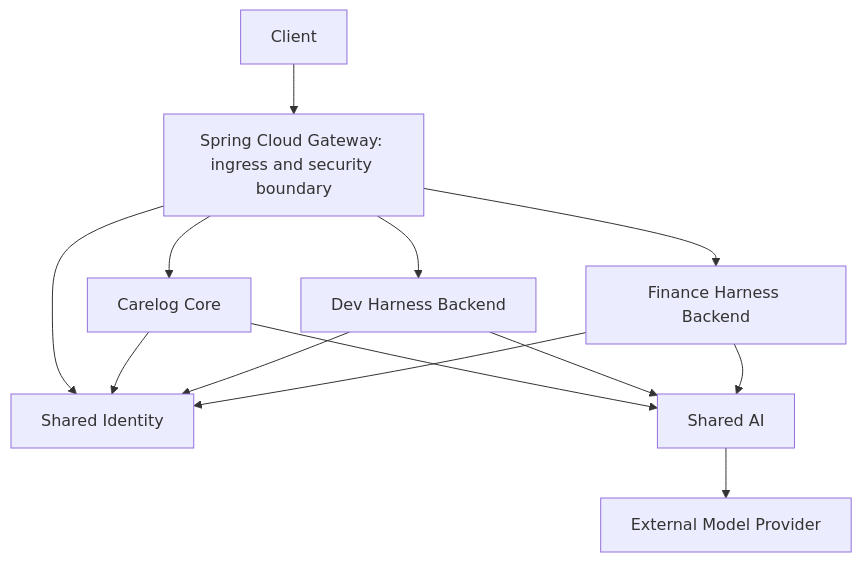
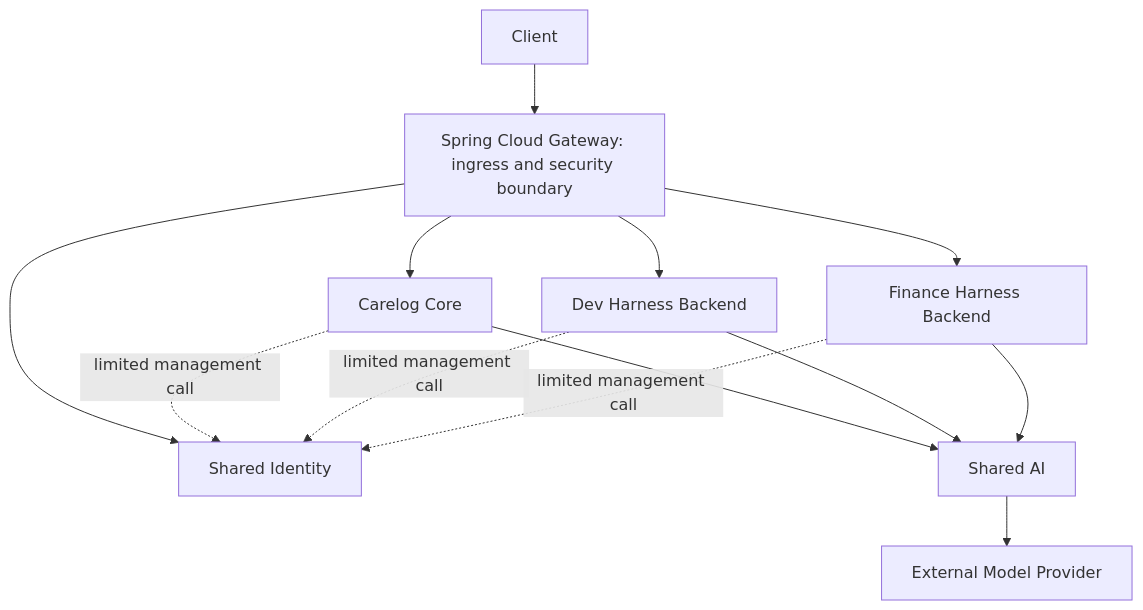
The fourth of 5 diagrams in docs/architecture/runtime-deployment-profiles.md (ranikun-labs/carelog-be), drawn with Mermaid before and after one commit. The commit also changed other lines of this file and 2 other files, not shown here.

Commit message:
docs(identity): 인증 서비스 추출 순서를 계약 중심으로 정렬

````diff
--- a/docs/architecture/runtime-deployment-profiles.md
+++ b/docs/architecture/runtime-deployment-profiles.md
@@ -101,15 +101,15 @@
 ```mermaid
 flowchart TB
     client[Client] --> gateway[Spring Cloud Gateway: ingress and security boundary]
     gateway --> identity[Shared Identity]
     gateway --> carelog[Carelog Core]
     gateway --> dev[Dev Harness Backend]
     gateway --> finance[Finance Harness Backend]
-    carelog --> identity
-    dev --> identity
-    finance --> identity
+    carelog -. limited management call .-> identity
+    dev -. limited management call .-> identity
+    finance -. limited management call .-> identity
     carelog --> ai[Shared AI]
     dev --> ai
     finance --> ai
     ai --> provider[External Model Provider]
 ```
````
